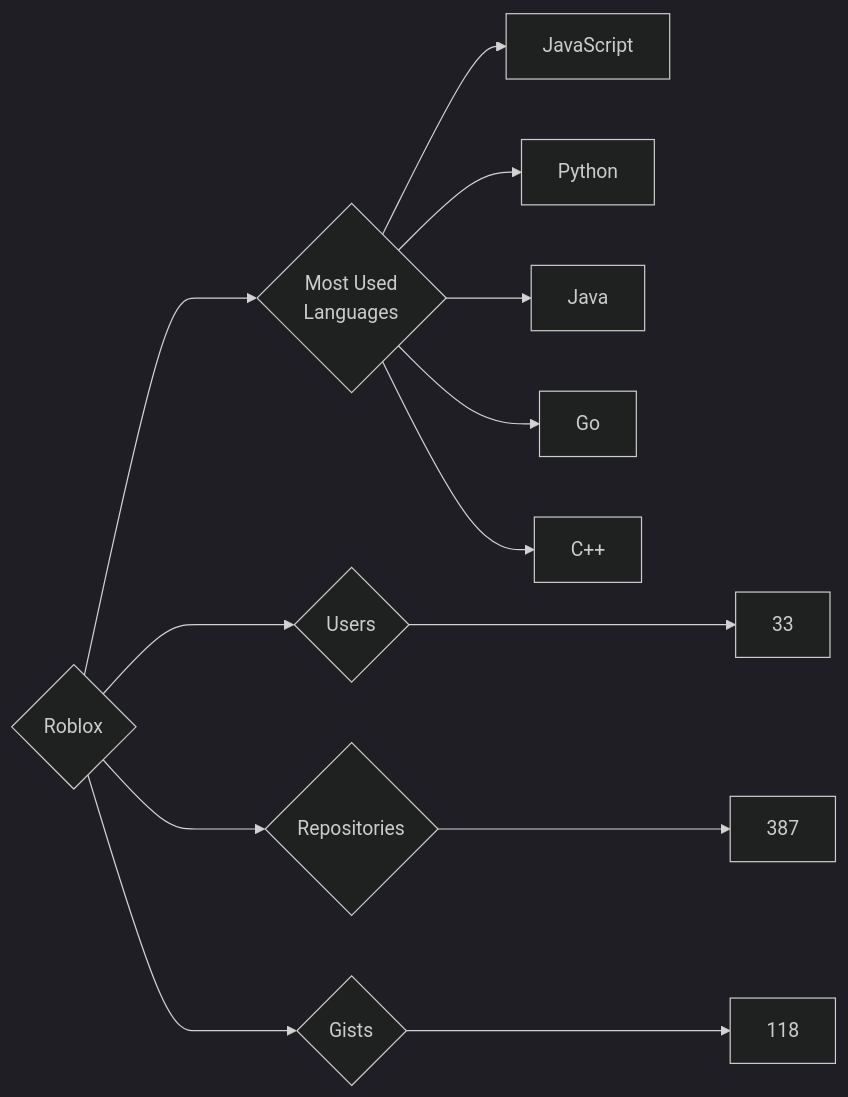
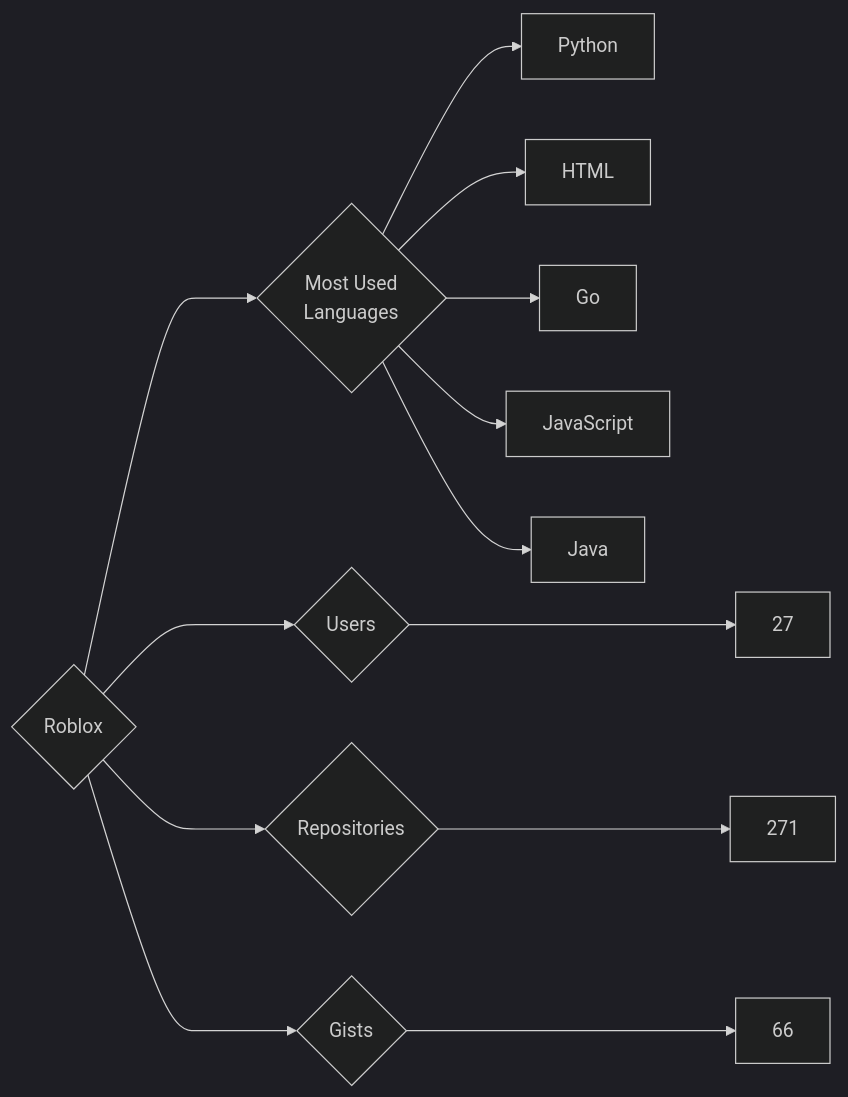
The diagram in targets/Roblox/README.md (trickest/insiders), drawn with Mermaid (dark theme) before and after one commit. The commit also changed 695 other files, not shown here.

````diff
--- a/targets/Roblox/README.md
+++ b/targets/Roblox/README.md
@@ -3,13 +3,13 @@
 ```mermaid
 graph LR
 COMPANY_NAME{Roblox}
-COMPANY_NAME ---> U{Users} ---> UN[33]
-COMPANY_NAME ---> R{Repositories} ---> RN[387]
-COMPANY_NAME ---> G{Gists} ---> GN[118]
+COMPANY_NAME ---> U{Users} ---> UN[27]
+COMPANY_NAME ---> R{Repositories} ---> RN[271]
+COMPANY_NAME ---> G{Gists} ---> GN[66]
 COMPANY_NAME ---> ML{Most Used<br>Languages}
+ML --> Python[Python]
+ML --> HTML[HTML]
+ML --> Go[Go]
 ML --> JavaScript[JavaScript]
-ML --> Python[Python]
 ML --> Java[Java]
-ML --> Go[Go]
-ML --> C++[C++]
 ```
````
